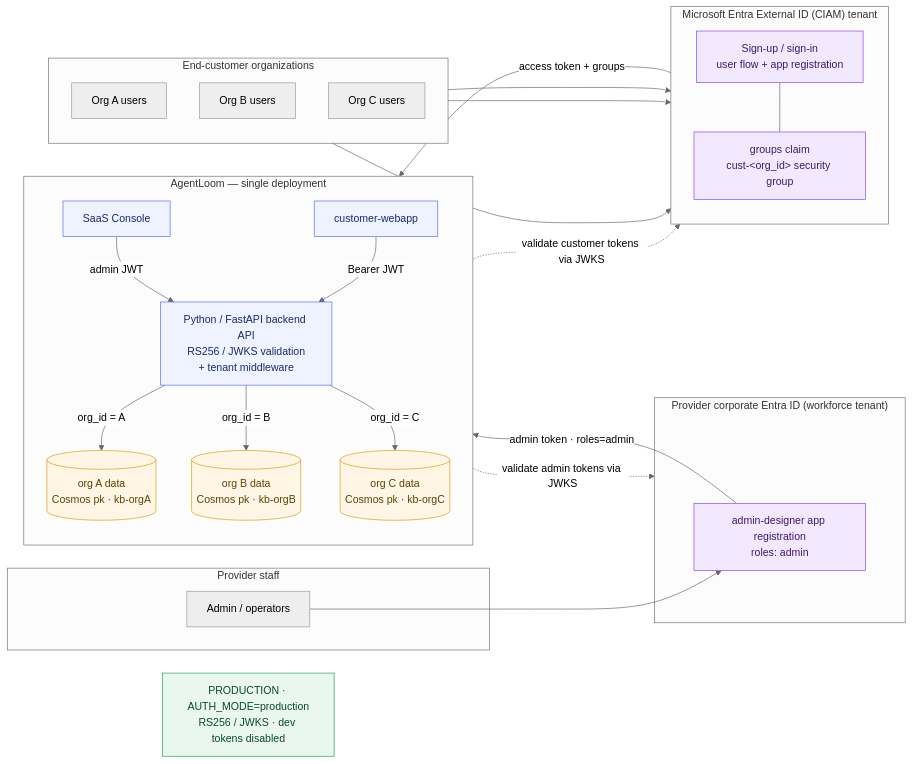
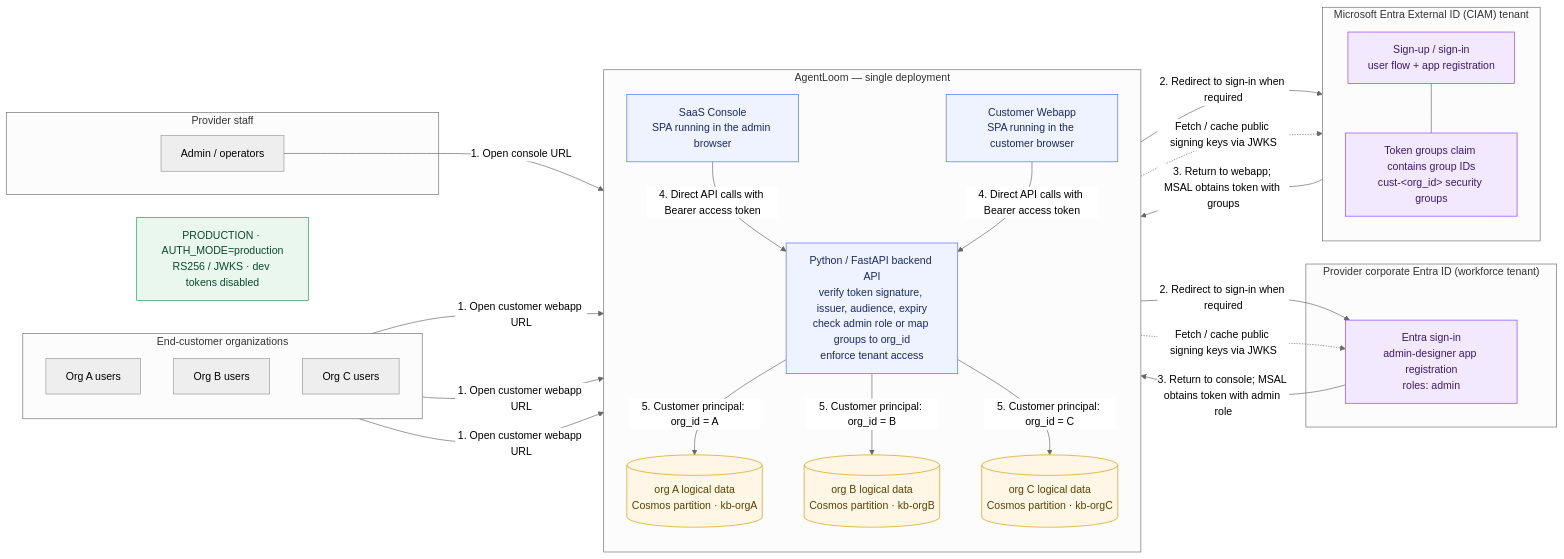
The second of 3 diagrams in README.md (pietrobr/agent-loom), drawn with Mermaid (neutral theme) before and after one commit. The commit also changed other lines of this file, not shown here.

Commit message:
feat: Update README to clarify app registration roles and API flow for user authentication

````diff
--- a/README.md
+++ b/README.md
@@ -258,58 +258,60 @@
 ```mermaid
 flowchart LR
     PRODTAG["PRODUCTION · AUTH_MODE=production<br/>RS256 / JWKS · dev tokens disabled"]
     subgraph Admins["Provider staff"]
       OPS["Admin / operators"]
     end
     subgraph Orgs["End-customer organizations"]
       direction TB
       UA["Org A users"]
       UB["Org B users"]
       UC["Org C users"]
     end
 
     subgraph WF["Provider corporate Entra ID (workforce tenant)"]
-      ADAPP["admin-designer app registration<br/>roles: admin"]
+      ADAPP["Entra sign-in<br/>admin-designer app registration<br/>roles: admin"]
     end
 
     subgraph CIAM["Microsoft Entra External ID (CIAM) tenant"]
       direction TB
       UF["Sign-up / sign-in<br/>user flow + app registration"]
-      CLAIM["groups claim<br/>cust-&lt;org_id&gt; security group"]
+      CLAIM["Token groups claim contains group IDs<br/>cust-&lt;org_id&gt; security groups"]
       UF --- CLAIM
     end
 
     subgraph Deploy["AgentLoom — single deployment"]
       direction TB
-      AD["SaaS Console"]
-      FE["customer-webapp"]
-      API["Python / FastAPI backend API<br/>RS256 / JWKS validation<br/>+ tenant middleware"]
-      DA[("org A data<br/>Cosmos pk · kb-orgA")]
-      DB[("org B data<br/>Cosmos pk · kb-orgB")]
-      DC[("org C data<br/>Cosmos pk · kb-orgC")]
+      AD["SaaS Console<br/>SPA running in the admin browser"]
+      FE["Customer Webapp<br/>SPA running in the customer browser"]
+      API["Python / FastAPI backend API<br/>verify token signature, issuer, audience, expiry<br/>check admin role or map groups to org_id<br/>enforce tenant access"]
+      DA[("org A logical data<br/>Cosmos partition · kb-orgA")]
+      DB[("org B logical data<br/>Cosmos partition · kb-orgB")]
+      DC[("org C logical data<br/>Cosmos partition · kb-orgC")]
     end
 
-    OPS --> ADAPP
-    UA --> UF
-    UB --> UF
-    UC --> UF
+    OPS -- "1. Open console URL" --> AD
+    UA -- "1. Open customer webapp URL" --> FE
+    UB -- "1. Open customer webapp URL" --> FE
+    UC -- "1. Open customer webapp URL" --> FE
 
-    ADAPP -- "admin token · roles=admin" --> AD
-    CLAIM -- "access token + groups" --> FE
-    AD -- "admin JWT" --> API
-    FE -- "Bearer JWT" --> API
-    API -. "validate admin tokens via JWKS" .-> WF
-    API -. "validate customer tokens via JWKS" .-> CIAM
-    API -- "org_id = A" --> DA
-    API -- "org_id = B" --> DB
-    API -- "org_id = C" --> DC
+    AD -- "2. Redirect to sign-in when required" --> ADAPP
+    FE -- "2. Redirect to sign-in when required" --> UF
+    ADAPP -- "3. Return to console; MSAL obtains token with admin role" --> AD
+    UF -- "3. Return to webapp; MSAL obtains token with groups" --> FE
+    AD -- "4. Direct API calls with Bearer access token" --> API
+    FE -- "4. Direct API calls with Bearer access token" --> API
+    API -. "Fetch / cache public signing keys via JWKS" .-> ADAPP
+    API -. "Fetch / cache public signing keys via JWKS" .-> UF
+    API -- "5. Customer principal: org_id = A" --> DA
+    API -- "5. Customer principal: org_id = B" --> DB
+    API -- "5. Customer principal: org_id = C" --> DC
 
     classDef store fill:#fff6e6,stroke:#d89a00,color:#5b4300;
     classDef compute fill:#eef3ff,stroke:#4F6BFF,color:#1b2a6b;
     classDef idp fill:#f3e9ff,stroke:#8a3ffc,color:#3d1a73;
     classDef prod fill:#e9f7ef,stroke:#1b9e5a,color:#0c4a2c;
     class DA,DB,DC store;
     class AD,FE,API compute;
     class UF,CLAIM,ADAPP idp;
     class PRODTAG prod;
 ```
````
